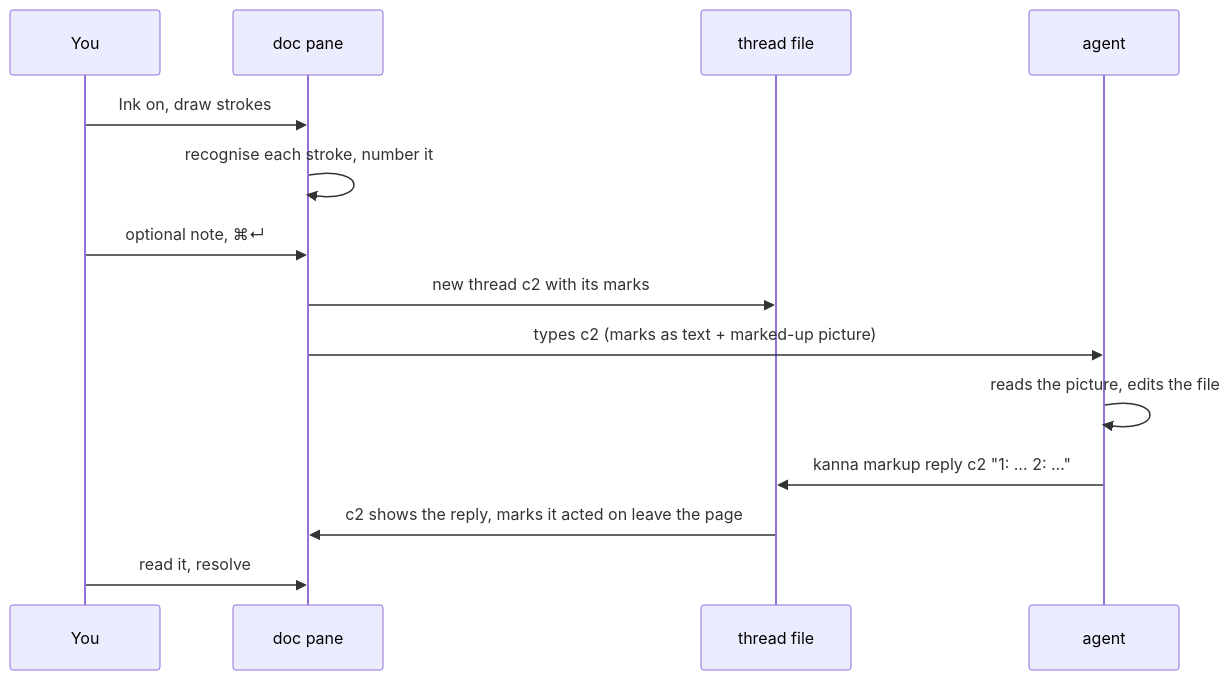
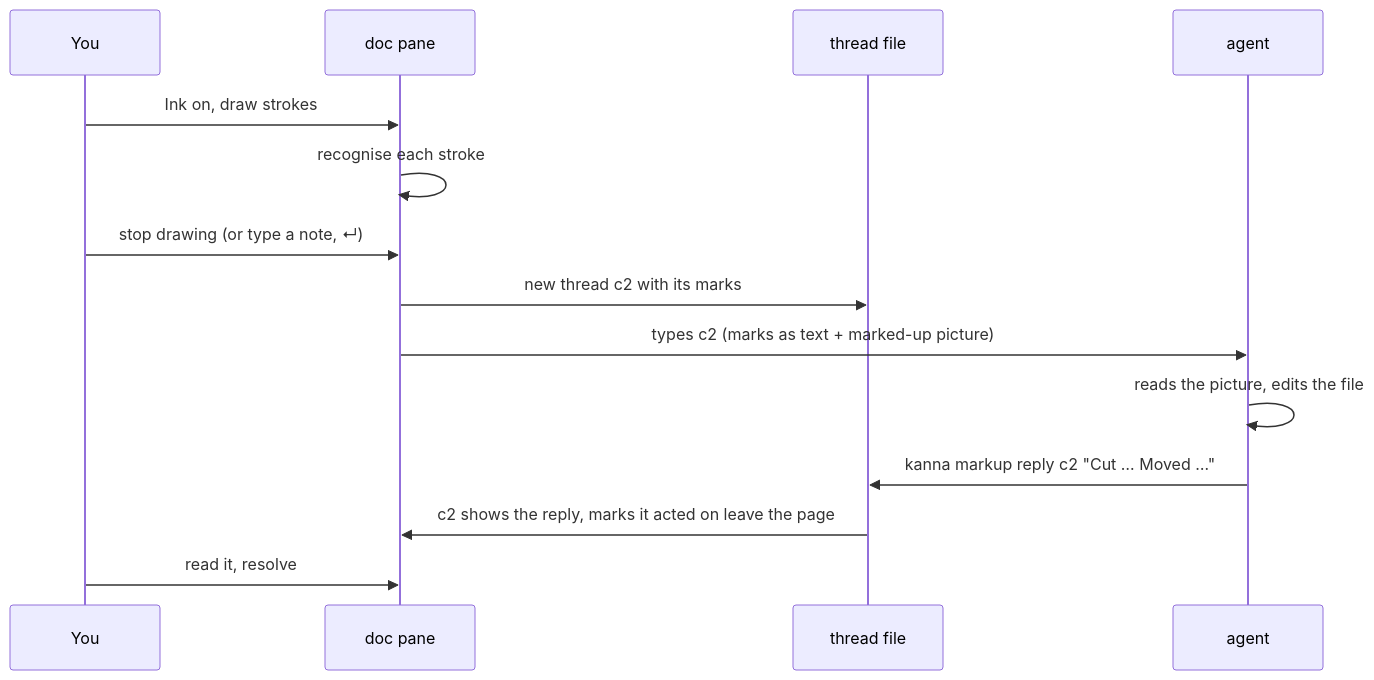
Before and after one commit to tampopogk/kanna: the first of 2 diagrams in docs/specs/ink-markup.md, drawn with Mermaid. The commit also changed other lines of this file and 4 other files, not shown here.

````diff
--- a/docs/specs/ink-markup.md
+++ b/docs/specs/ink-markup.md
@@ -21,16 +21,16 @@
 ```mermaid
 sequenceDiagram
     participant You
     participant Doc as doc pane
     participant F as thread file
     participant A as agent
     You->>Doc: Ink on, draw strokes
-    Doc->>Doc: recognise each stroke, number it
-    You->>Doc: optional note, ⌘↵
+    Doc->>Doc: recognise each stroke
+    You->>Doc: stop drawing (or type a note, ↵)
     Doc->>F: new thread c2 with its marks
     Doc->>A: types c2 (marks as text + marked-up picture)
     A->>A: reads the picture, edits the file
-    A->>F: kanna markup reply c2 "1: … 2: …"
+    A->>F: kanna markup reply c2 "Cut … Moved …"
     F->>Doc: c2 shows the reply, marks it acted on leave the page
     You->>Doc: read it, resolve
 ```
````
